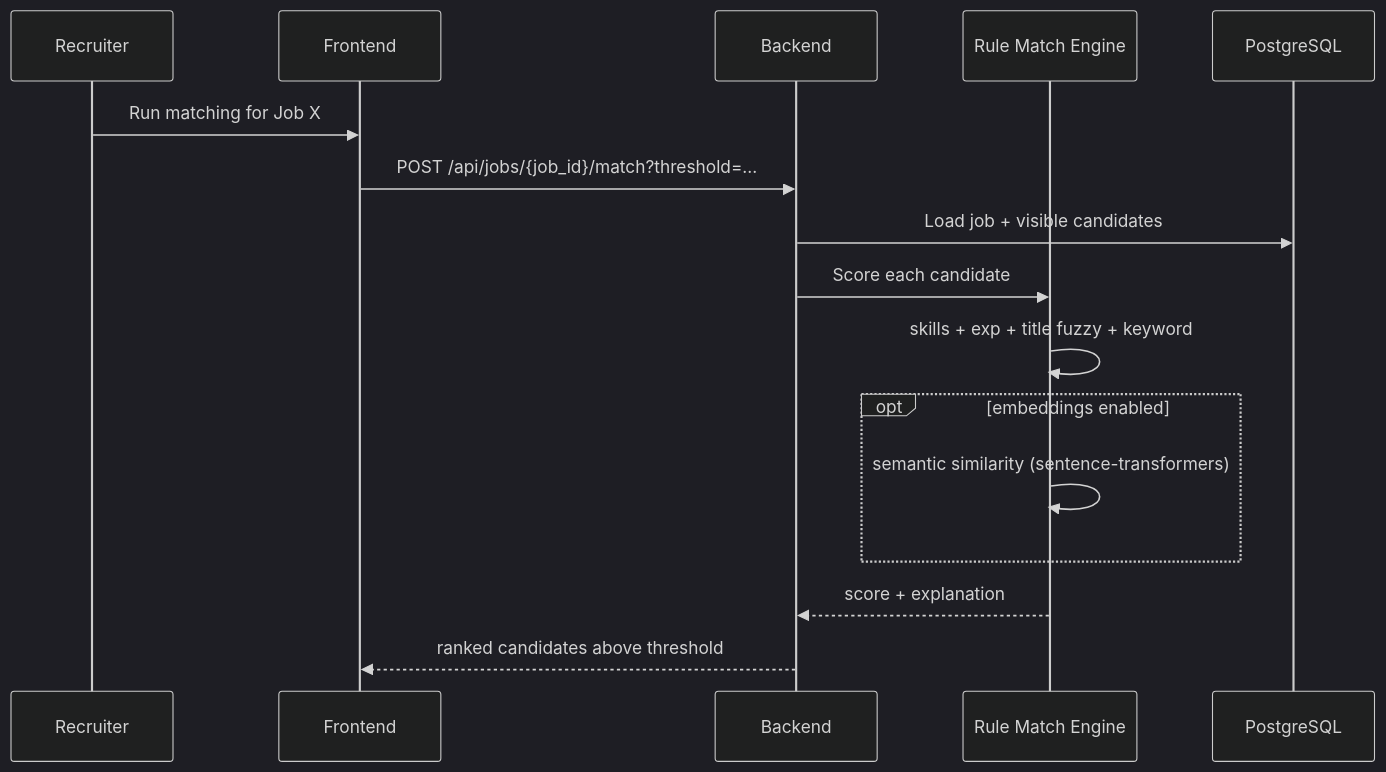
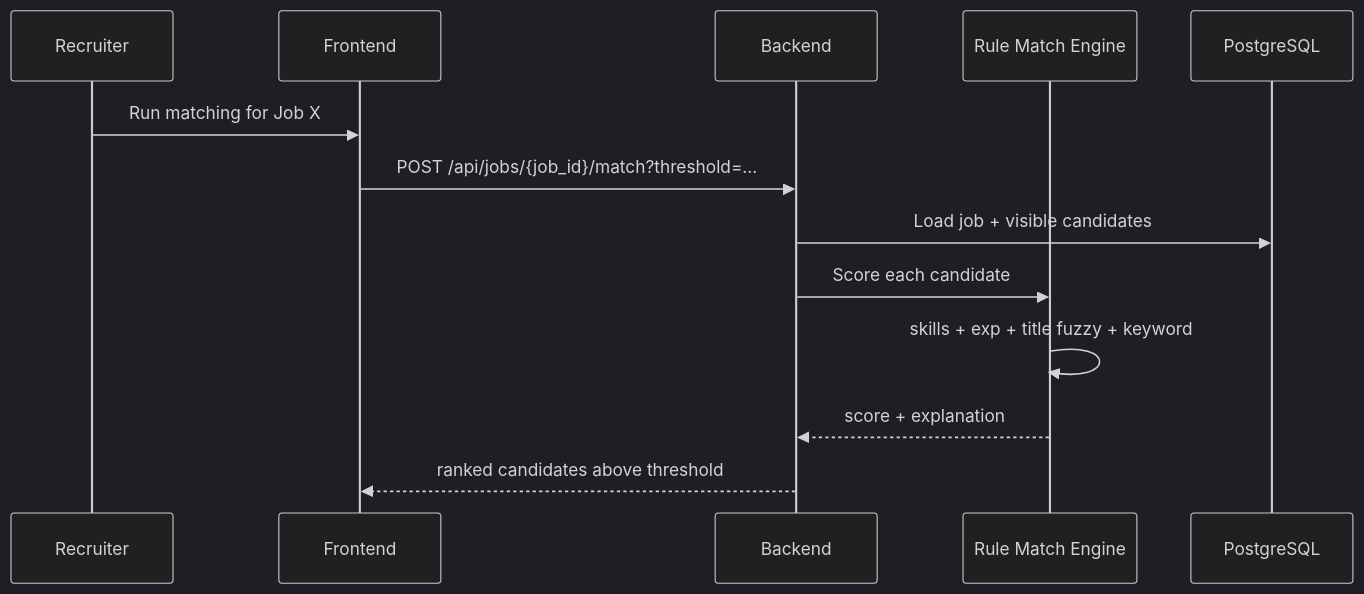
The fourth of 5 diagrams in README.md (PhongPhan98/mini_ats_domain), drawn with Mermaid (dark theme) before and after one commit. The commit also changed other lines of this file and 28 other files, not shown here.

````diff
--- a/README.md
+++ b/README.md
@@ -530,19 +523,16 @@
 ```mermaid
 sequenceDiagram
   participant HR as Recruiter
   participant FE as Frontend
   participant BE as Backend
   participant RM as Rule Match Engine
   participant DB as PostgreSQL
 
   HR->>FE: Run matching for Job X
   FE->>BE: POST /api/jobs/{job_id}/match?threshold=...
   BE->>DB: Load job + visible candidates
   BE->>RM: Score each candidate
   RM->>RM: skills + exp + title fuzzy + keyword
-  opt embeddings enabled
-    RM->>RM: semantic similarity (sentence-transformers)
-  end
   RM-->>BE: score + explanation
   BE-->>FE: ranked candidates above threshold
 ```
````
